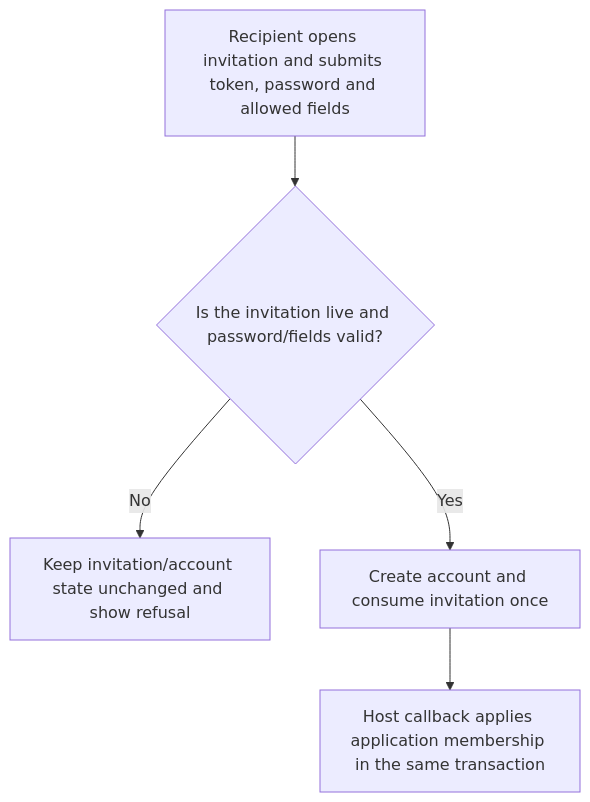
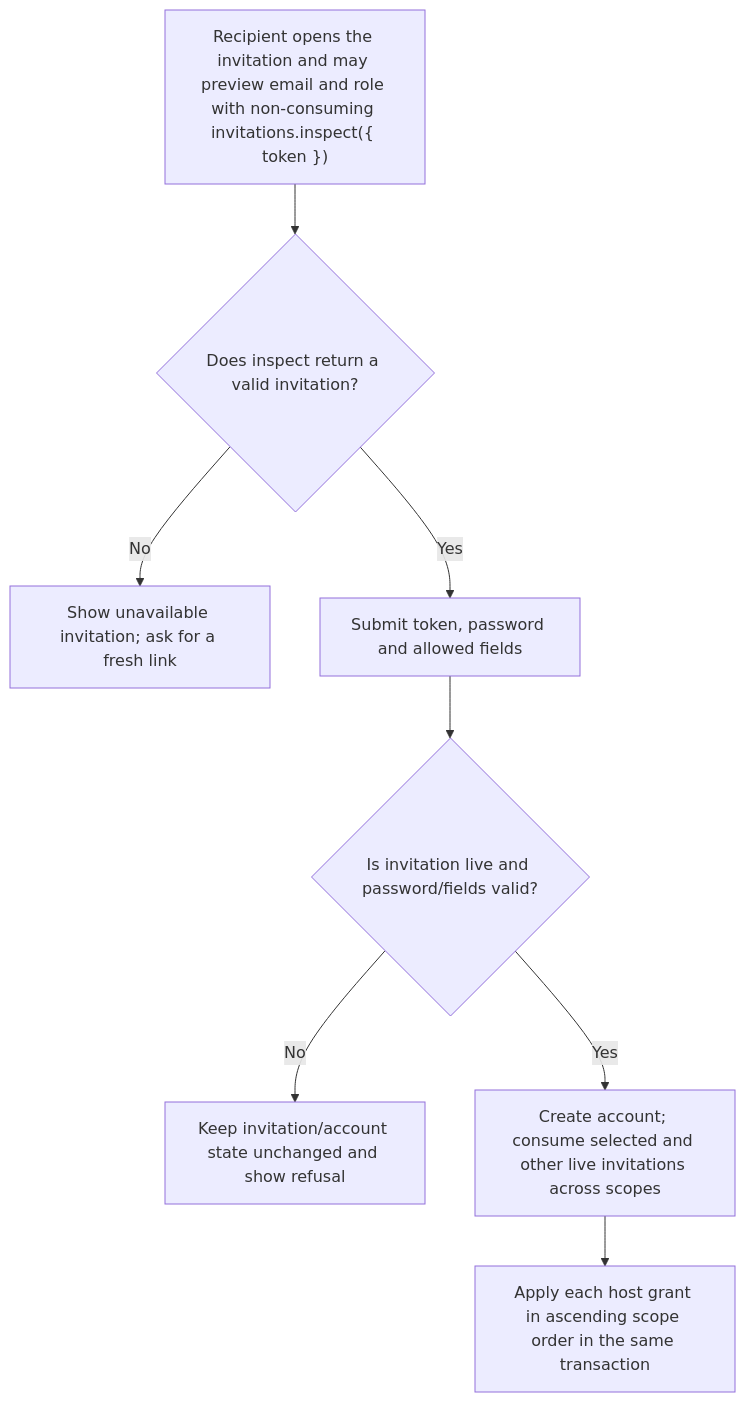
Before and after one commit to Kevinjohn/oss-adonisjs-account-kit: the first of 2 diagrams in user-stories/US-ACCOUNT-09-accept-invitation.md, drawn with Mermaid. The commit also changed other lines of this file and 17 other files, not shown here.

````diff
--- a/user-stories/US-ACCOUNT-09-accept-invitation.md
+++ b/user-stories/US-ACCOUNT-09-accept-invitation.md
@@ -18,7 +18,10 @@
 ```mermaid
 flowchart TD
- A["Recipient opens invitation and submits token, password and allowed fields"] --> B{"Is the invitation live and password/fields valid?"}
- B -->|No| C["Keep invitation/account state unchanged and show refusal"]
- B -->|Yes| D["Create account and consume invitation once"]
- D --> E["Host callback applies application membership in the same transaction"]
+ A["Recipient opens the invitation and may preview email and role with non-consuming invitations.inspect({ token })"] --> B{"Does inspect return a valid invitation?"}
+ B -->|No| C["Show unavailable invitation; ask for a fresh link"]
+ B -->|Yes| D["Submit token, password and allowed fields"]
+ D --> E{"Is invitation live and password/fields valid?"}
+ E -->|No| F["Keep invitation/account state unchanged and show refusal"]
+ E -->|Yes| G["Create account; consume selected and other live invitations across scopes"]
+ G --> H["Apply each host grant in ascending scope order in the same transaction"]
 ```
````
